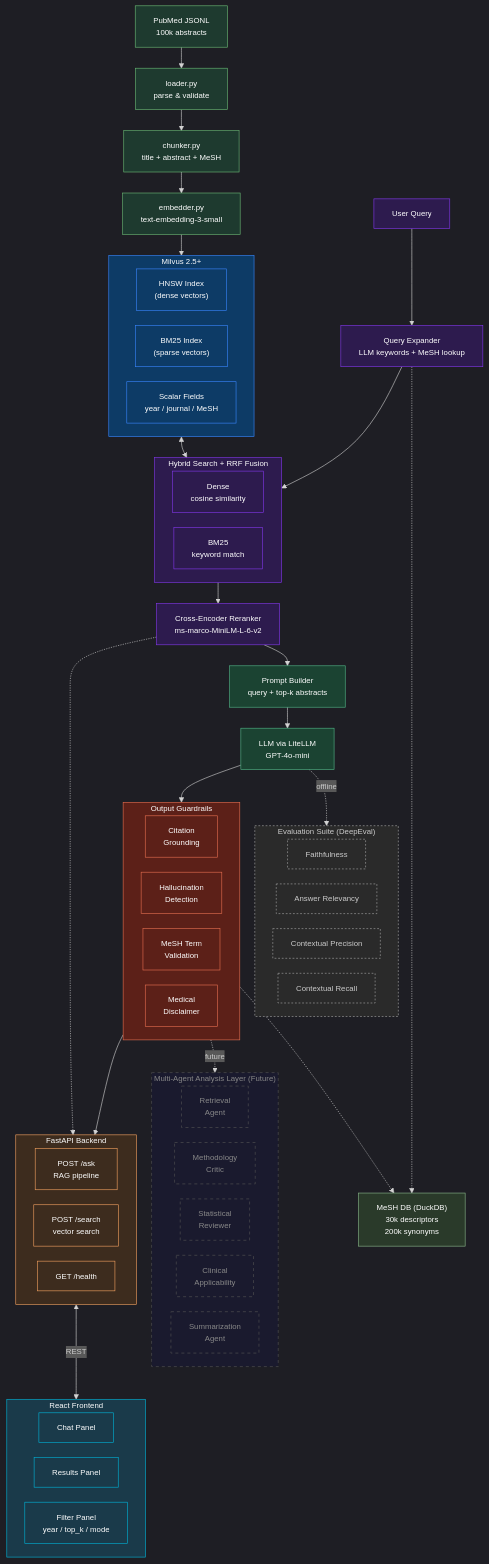
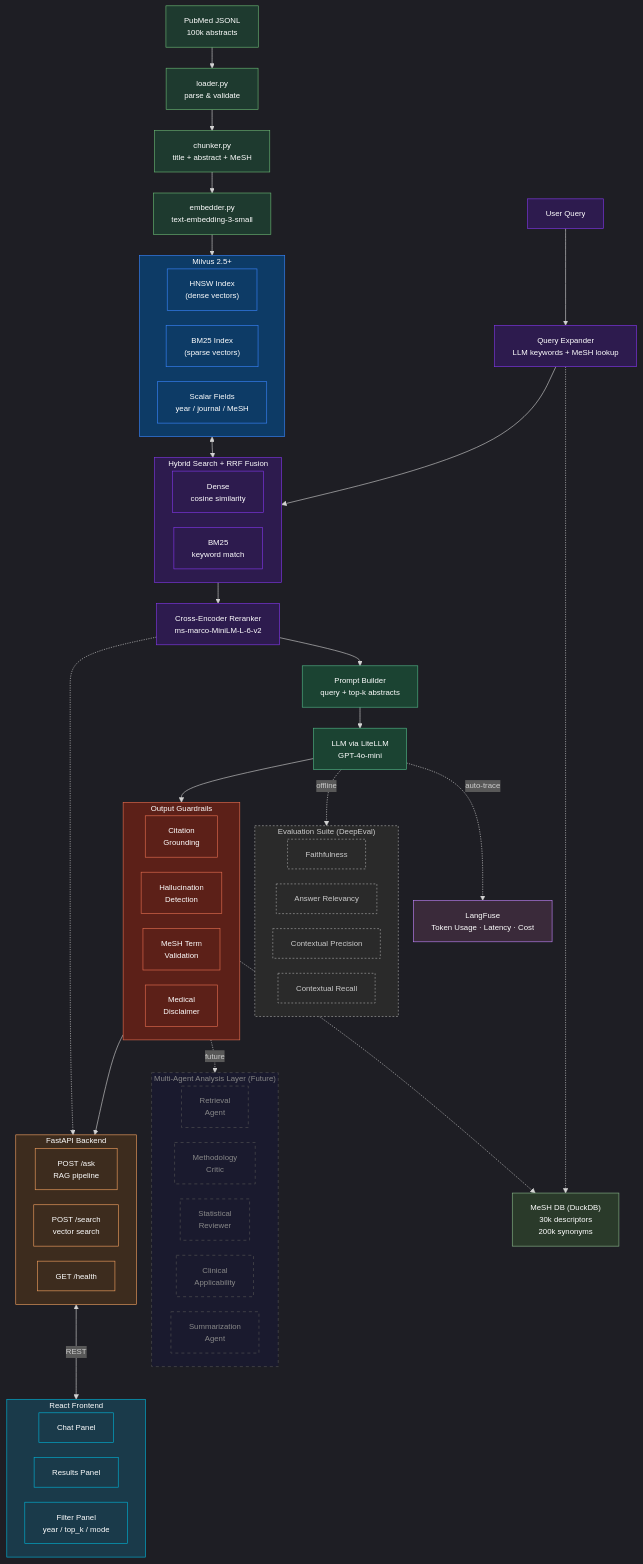
One commit to o13o/pubmed-rag changed the diagram in docs/architecture.mmd. Above: the diagram before and after it, drawn with Mermaid. The commit also changed 3 other files, not shown here.

First line of the commit message:
docs: document token usage tracking via LangFuse integration

```diff
--- a/docs/architecture.mmd
+++ b/docs/architecture.mmd
@@ -1,123 +1,129 @@
 %%{init: {'theme': 'dark', 'themeVariables': {'fontSize': '13px'}, 'flowchart': {'rankSpacing': 35, 'nodeSpacing': 25, 'curve': 'basis'}}}%%
 flowchart TD
     %% ── Data Ingestion ──
     JSONL["PubMed JSONL\n100k abstracts"]
     LOADER["loader.py\nparse & validate"]
     CHUNKER["chunker.py\ntitle + abstract + MeSH"]
     EMBEDDER["embedder.py\ntext-embedding-3-small"]
 
     JSONL --> LOADER --> CHUNKER --> EMBEDDER
 
     subgraph MILVUS["Milvus 2.5+"]
         direction LR
         DENSE["HNSW Index\n(dense vectors)"]
         BM25["BM25 Index\n(sparse vectors)"]
         SCALAR["Scalar Fields\nyear / journal / MeSH"]
     end
 
     EMBEDDER --> MILVUS
 
     %% ── Query & Retrieval ──
     USER["User Query"]
     MESHDB["MeSH DB (DuckDB)\n30k descriptors\n200k synonyms"]
     QE["Query Expander\nLLM keywords + MeSH lookup"]
 
     USER --> QE
     QE -.-> MESHDB
 
     subgraph SEARCH["Hybrid Search + RRF Fusion"]
         direction LR
         S_DENSE["Dense\ncosine similarity"]
         S_BM25["BM25\nkeyword match"]
     end
 
     QE --> SEARCH
     MILVUS <--> SEARCH
 
     RERANK["Cross-Encoder Reranker\nms-marco-MiniLM-L-6-v2"]
     SEARCH --> RERANK
 
     %% ── RAG ──
     PROMPT["Prompt Builder\nquery + top-k abstracts"]
     LLM["LLM via LiteLLM\nGPT-4o-mini"]
 
     RERANK --> PROMPT --> LLM
 
     %% ── Guardrails ──
     subgraph GUARD["Output Guardrails"]
         direction LR
         G1["Citation\nGrounding"]
         G2["Hallucination\nDetection"]
         G3["MeSH Term\nValidation"]
         G4["Medical\nDisclaimer"]
     end
 
     LLM --> GUARD
     G3 -.-> MESHDB
 
     %% ── API ──
     subgraph API["FastAPI Backend"]
         direction LR
         API_ASK["POST /ask\nRAG pipeline"]
         API_SEARCH["POST /search\nvector search"]
         API_HEALTH["GET /health"]
     end
 
     GUARD --> API_ASK
     RERANK -.-> API_SEARCH
 
     %% ── Frontend ──
     subgraph FRONTEND["React Frontend"]
         direction LR
         CHAT["Chat Panel"]
         RESULTS["Results Panel"]
         FILTERS["Filter Panel\nyear / top_k / mode"]
     end
 
     API <-->|REST| FRONTEND
 
     %% ── Future: Multi-Agent (dashed) ──
     subgraph AGENTS["Multi-Agent Analysis Layer (Future)"]
         direction LR
         A1["Retrieval\nAgent"]
         A2["Methodology\nCritic"]
         A3["Statistical\nReviewer"]
         A4["Clinical\nApplicability"]
         A5["Summarization\nAgent"]
     end
 
     GUARD -.->|future| AGENTS
 
+    %% ── Observability ──
+    LANGFUSE["LangFuse\nToken Usage · Latency · Cost"]
+    LLM -.->|auto-trace| LANGFUSE
+
     %% ── Evaluation (side) ──
     subgraph EVAL["Evaluation Suite (DeepEval)"]
         direction LR
         E1["Faithfulness"]
         E2["Answer Relevancy"]
         E3["Contextual Precision"]
         E4["Contextual Recall"]
     end
 
     LLM -.->|offline| EVAL
 
     %% ── Styles ──
     classDef data fill:#1e3a2f,stroke:#6bba75,color:#fff
     classDef store fill:#0d3b66,stroke:#3a86ff,color:#fff
     classDef query fill:#2d1b4e,stroke:#8338ec,color:#fff
     classDef rag fill:#1b4332,stroke:#52b788,color:#fff
     classDef guard fill:#5c2018,stroke:#e76f51,color:#fff
     classDef api fill:#3d2c1e,stroke:#f4a261,color:#fff
     classDef ui fill:#1a3a4a,stroke:#00b4d8,color:#fff
     classDef future fill:#1a1a2e,stroke:#555,stroke-dasharray: 5 5,color:#888
     classDef eval fill:#2a2a2a,stroke:#aaa,stroke-dasharray: 3 3,color:#ccc
     classDef mesh fill:#2a3a2a,stroke:#8ab88a,color:#fff
+    classDef obs fill:#3a2a3a,stroke:#c084fc,color:#fff
 
     class JSONL,LOADER,CHUNKER,EMBEDDER data
     class MILVUS,DENSE,BM25,SCALAR store
     class USER,QE,RERANK,SEARCH,S_DENSE,S_BM25 query
     class PROMPT,LLM rag
     class GUARD,G1,G2,G3,G4 guard
     class API,API_ASK,API_SEARCH,API_HEALTH api
     class FRONTEND,CHAT,RESULTS,FILTERS ui
     class AGENTS,A1,A2,A3,A4,A5 future
     class EVAL,E1,E2,E3,E4 eval
     class MESHDB mesh
+    class LANGFUSE obs
```
